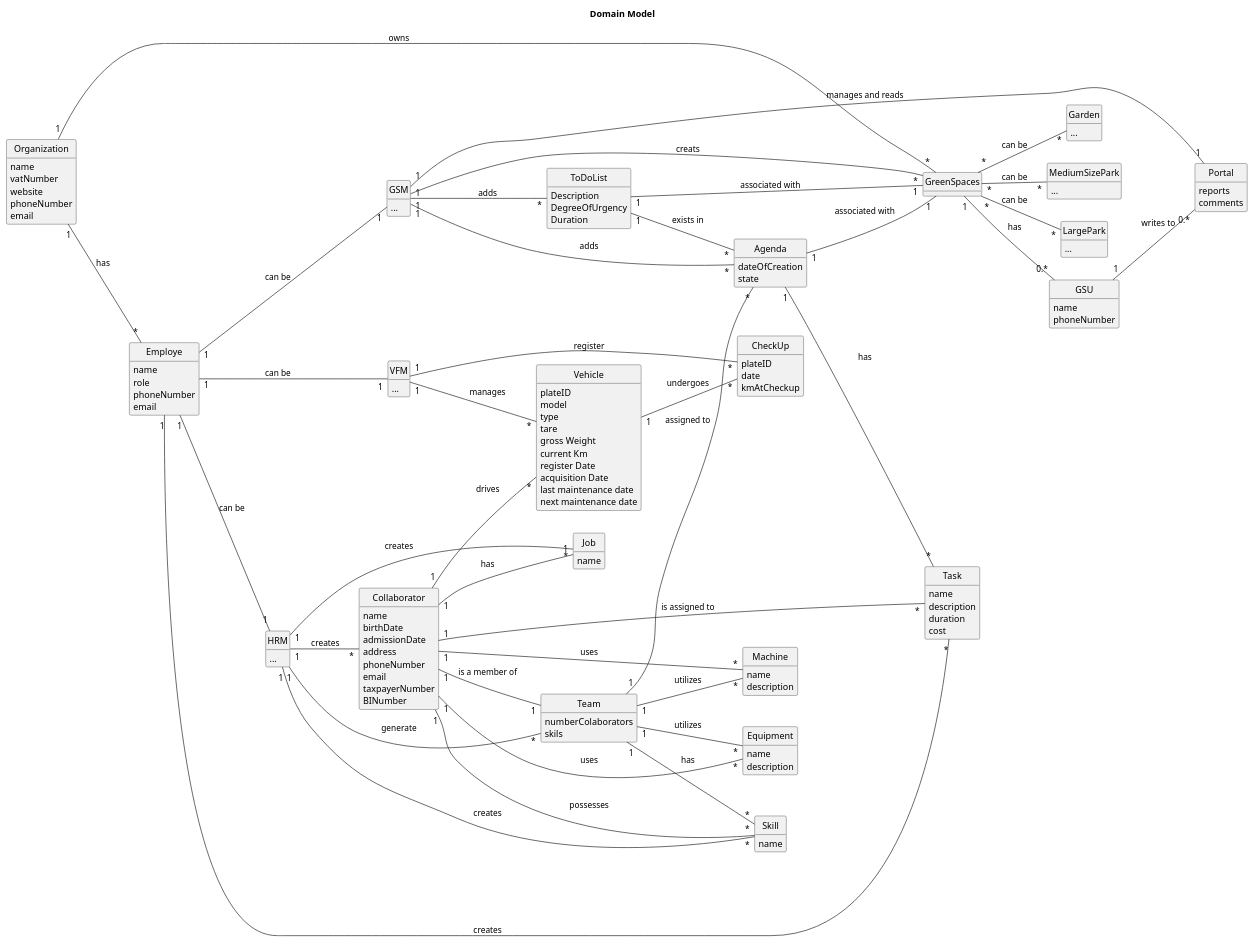
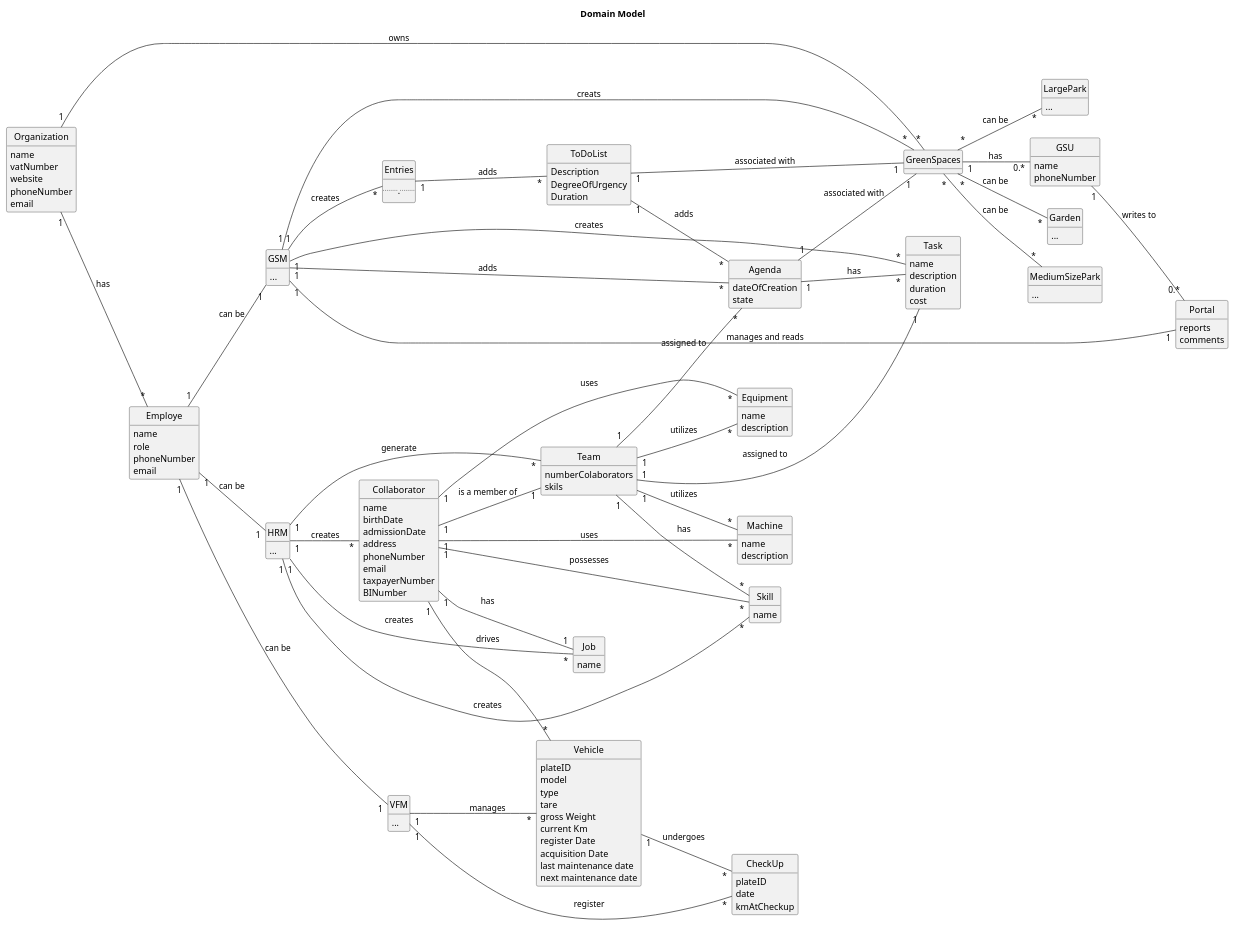
Before and after one commit to Departamento-de-Engenharia-Informatica/greenspace-management: the diagram in docs/sprintC/global-artifacts/02.analysis/puml/project-domain-model.puml, drawn with PlantUML.

Commit message:
domain model v2

```diff
--- a/docs/sprintC/global-artifacts/02.analysis/puml/project-domain-model.puml
+++ b/docs/sprintC/global-artifacts/02.analysis/puml/project-domain-model.puml
@@ -1,190 +1,197 @@
 @startuml
 skinparam monochrome true
 skinparam packageStyle rectangle
 skinparam shadowing false
 skinparam classAttributeIconSize 0
 hide circle
 hide methods
 
 title Domain Model
 
 left to right direction
 
 class Organization {
     name
     vatNumber
     website
     phoneNumber
     email
 }
 
 class Employe {
     name
     role
     phoneNumber
     email
 }
 
 class HRM {
     ...
 }
 
 class VFM {
     ...
 }
 
 class GSM {
     ...
 }
 
 class GSU {
      name
      phoneNumber
 }
 
 class Collaborator {
     name
     birthDate
     admissionDate
     address
     phoneNumber
     email
     taxpayerNumber
     BINumber
 }
 
 class Garden {
     ...
 }
 
 class MediumSizePark {
     ...
 }
 
 class LargePark {
     ...
 }
 
 class GreenSpaces {
 }
 
 class Task {
     name
     description
     duration
     cost
 }
 
 class Agenda {
     dateOfCreation
     state
 }
 
 class Vehicle {
     plateID
     model
     type
     tare
         gross Weight
         current Km
          register Date
          acquisition Date
          maintenance/Checkup Frequency (in Kms)
          last maintenance date
          next maintenance date
 }
 
 class Machine {
     name
     description
 }
 
 class Equipment {
     name
     description
 }
 
 class Portal {
     reports
     comments
 }
 
 class CheckUp {
     plateID
     date
     kmAtCheckup
 }
 
 class Job {
     name
 }
 
 class Team {
     numberColaborators
     skils
 }
 
 class Skill {
     name
 }
 
 class ToDoList{
     Description
     DegreeOfUrgency
     Duration
 }
+class Entries{
+.....
+}
 
 
 
 
 Organization "1" -- "*" Employe : has
 Organization "1" -- "*" GreenSpaces : owns
 
-Employe "1" -- "*" Task : creates
+GSM "1" -- "*" Task : creates
+GSM "1" -- "*" Entries : creates
+Entries "1" -- "*" ToDoList : adds
+
 Employe "1" -- "1" GSM : can be
 Employe "1" -- "1" HRM : can be
 Employe "1" -- "1" VFM : can be
 
 HRM "1" -- "*" Collaborator : creates
 HRM "1" -- "*" Team : generate
 HRM "1" -- "*" Job : creates
 HRM "1" -- "*" Skill : creates
 
 Collaborator "1" -- "1" Job : has
 Collaborator "1" -- "1" Team : is a member of
 Collaborator "1" -- "*" Skill : possesses
-Collaborator "1" -- "*" Task : is assigned to
 Collaborator "1" -- "*" Vehicle : drives
 Collaborator "1" -- "*" Machine : uses
 Collaborator "1" -- "*" Equipment : uses
 
 Team "1" -- "*" Skill : has
 Team "1" -- "*" Machine : utilizes
 Team "1" -- "*" Equipment : utilizes
 Team "1" -- "*" Agenda : assigned to
 
 
 Agenda "1" -- "*" Task : has
 
 GSU "1" -- "0.*" Portal : writes to
 
 GreenSpaces "*" -- "*" Garden : can be
 GreenSpaces "*" -- "*" MediumSizePark : can be
 GreenSpaces "*" -- "*" LargePark : can be
 GreenSpaces "1" -- "0.*" GSU : has
 
 ToDoList "1" -- "1" GreenSpaces : associated with
 Agenda "1" -- "1" GreenSpaces : associated with
-ToDoList "1" -- "*" Agenda : exists in
+ToDoList "1" -- "*" Agenda : adds
 
 VFM "1" -- "*" CheckUp: register
 VFM "1" -- "*" Vehicle: manages
 
 GSM "1" -- "1" Portal: manages and reads
 GSM "1" -- "*" GreenSpaces: creats
-GSM "1" -- "*" ToDoList: adds
 GSM "1" -- "*" Agenda: adds
 
 Vehicle "1" -- "*" CheckUp : undergoes
 
+Task "1" -- "1" Team : assigned to
+
+
 @enduml
```
